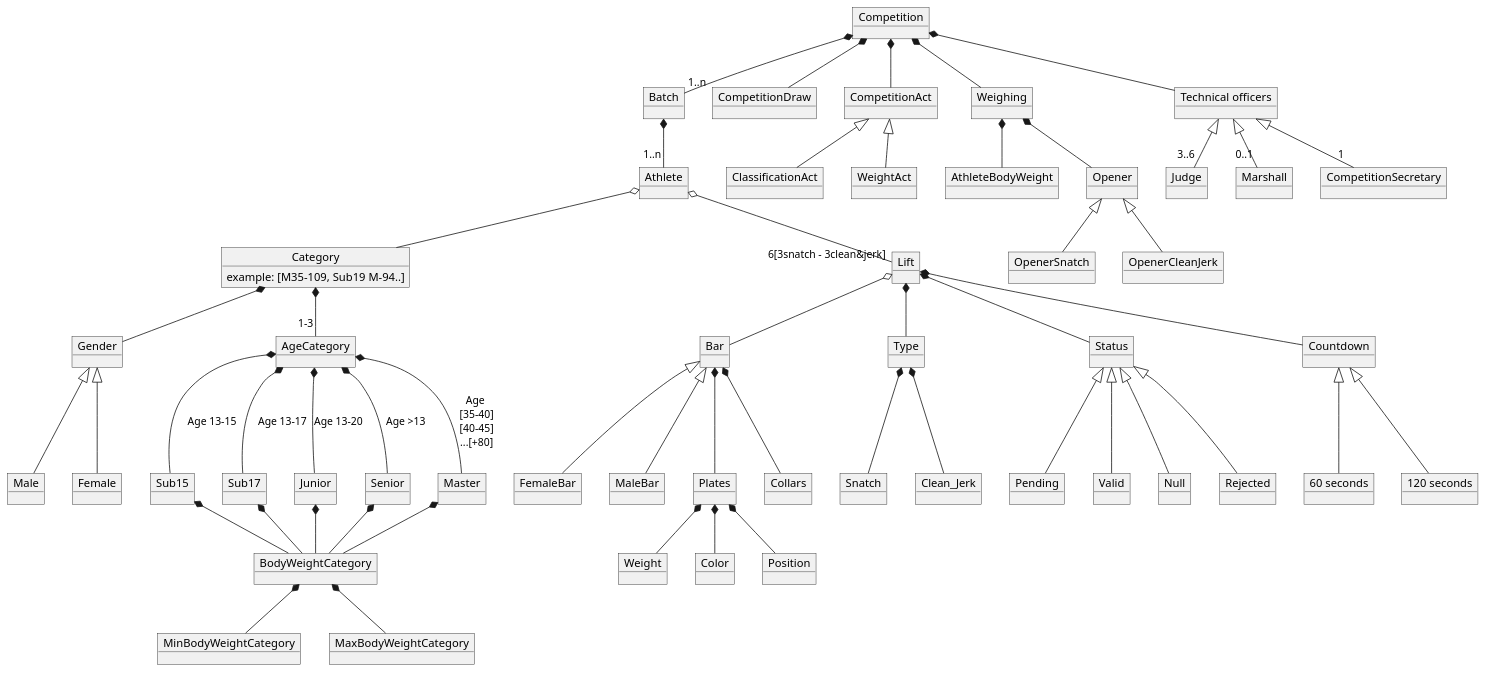
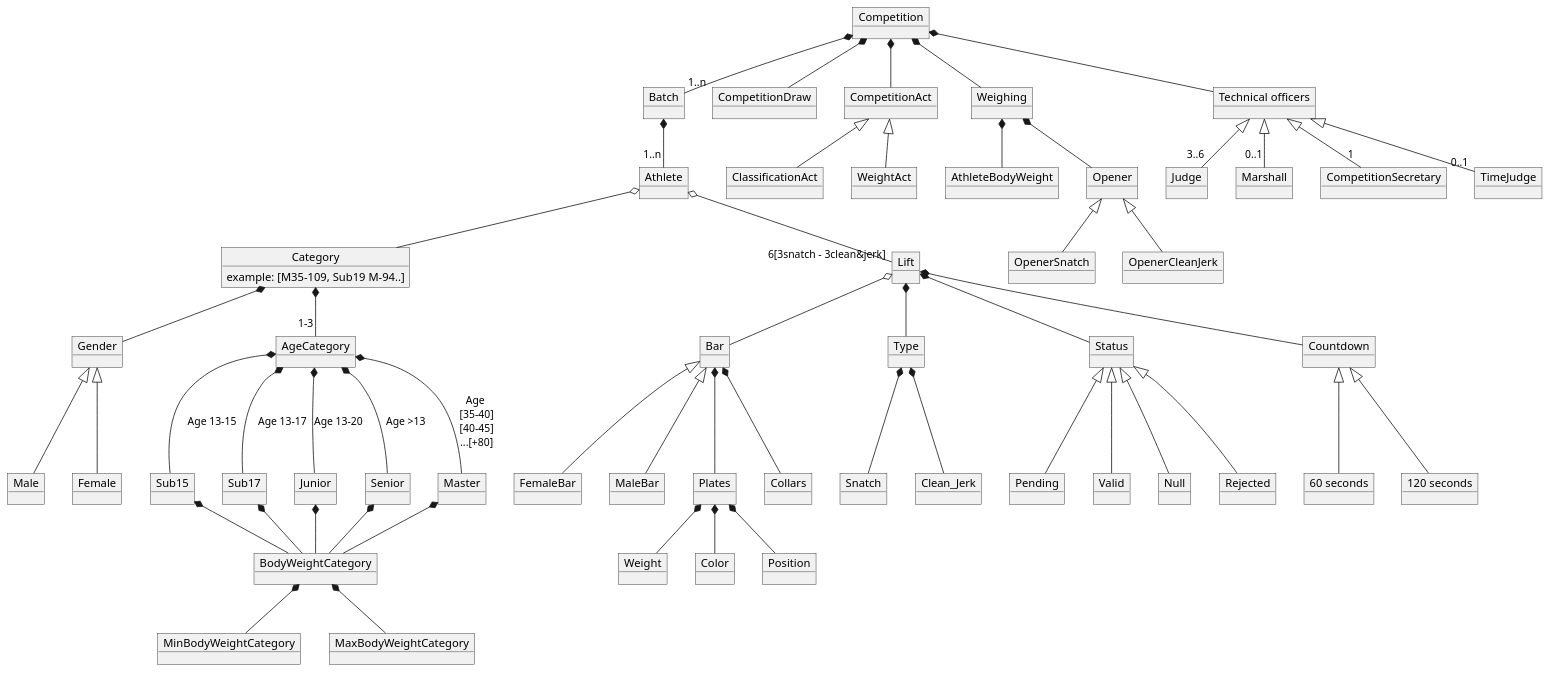
The diagram in modelDomain/competitionDomainModel.puml (zuldare/mastercloud_pfm_halterocms), drawn with PlantUML before and after one commit. The commit also changed 3 other files, not shown here.

```diff
--- a/modelDomain/competitionDomainModel.puml
+++ b/modelDomain/competitionDomainModel.puml
@@ -1,144 +1,145 @@
 @startuml
 'https://plantuml.com/object-diagram
 
 object Competition
 object Batch
 
 object Athlete
 object Gender
 object Male
 object Female
 
 object CompetitionDraw
 
 ' Category
 object Category {
   example: [M35-109, Sub19 M-94..]
 }
 
 object BodyWeightCategory
 object MinBodyWeightCategory
 object MaxBodyWeightCategory
 
 object AgeCategory
 object Sub15
 object Sub17
 object Junior
 object Senior
 object Master
 
 ' Bars
 object Bar
 object FemaleBar
 object MaleBar
 object Plates
 object Weight
 object Color
 object Collars
 object Position
 
 ' Lifts
 object Lift
 object Type
 object Snatch
 object Clean_Jerk
 object Status
 object Pending
 object Valid
 object Null
 object Rejected
 object Countdown
 object "60 seconds" as 60s
 object "120 seconds" as 120s
 
 ' Competition acts
 object CompetitionAct
 object ClassificationAct
 object WeightAct
 
 ' Weighing
 object Weighing
 object AthleteBodyWeight
 object Opener
 object OpenerSnatch
 object OpenerCleanJerk
 
 ' Technical officers
 object "Technical officers" as TC
 object Judge
 object Marshall
 object CompetitionSecretary
+object TimeJudge
 
 
 Competition *-- TC
 TC <|-- "3..6" Judge
 TC <|-- "0..1" Marshall
 TC <|-- "1" CompetitionSecretary
-
+TC <|-- "0..1" TimeJudge
 
 
 Weighing *-- AthleteBodyWeight
 Weighing *-- Opener
 Opener <|-- OpenerSnatch
 Opener <|-- OpenerCleanJerk
 
 
 Lift *-- Type
 Type *-- Snatch
 Type *-- Clean_Jerk
 Lift o-- Bar
 Lift *-- Status
 Status <|-- Pending
 Status <|-- Valid
 Status <|-- Null
 Status <|-- Rejected
 Lift *-- Countdown
 Countdown <|-- 60s
 Countdown <|-- 120s
 
 
 
 Competition *-- Weighing
 Competition *-- "1..n" Batch
 Batch *-- "1..n" Athlete
 Competition *-- CompetitionAct
 CompetitionAct <|-- ClassificationAct
 CompetitionAct <|-- WeightAct
 Competition *-- CompetitionDraw
 
 
 Gender <|-- Male
 Gender <|-- Female
 
 Category *-- "1-3" AgeCategory
 Category *-- Gender
 Sub15 *-- BodyWeightCategory
 Sub17 *-- BodyWeightCategory
 Junior *-- BodyWeightCategory
 Senior *-- BodyWeightCategory
 Master *-- BodyWeightCategory
 BodyWeightCategory *-- MinBodyWeightCategory
 BodyWeightCategory *-- MaxBodyWeightCategory
 
 AgeCategory *-- Sub15 :"Age 13-15"
 AgeCategory *-- Sub17 :"Age 13-17"
 AgeCategory *-- Junior :"Age 13-20"
 AgeCategory *-- Senior :"Age >13"
 AgeCategory *-- Master :"Age \n[35-40]\n[40-45]\n...[+80]"
 
 
 Athlete o-- Category
 
 Bar <|-- FemaleBar
 Bar <|-- MaleBar
 Bar *-- Plates
 Bar *-- Collars
 Plates *-- Weight
 Plates *-- Color
 Plates *-- Position
 
 
 Athlete o-- "6[3snatch - 3clean&jerk]" Lift
 
 
 @enduml
```
